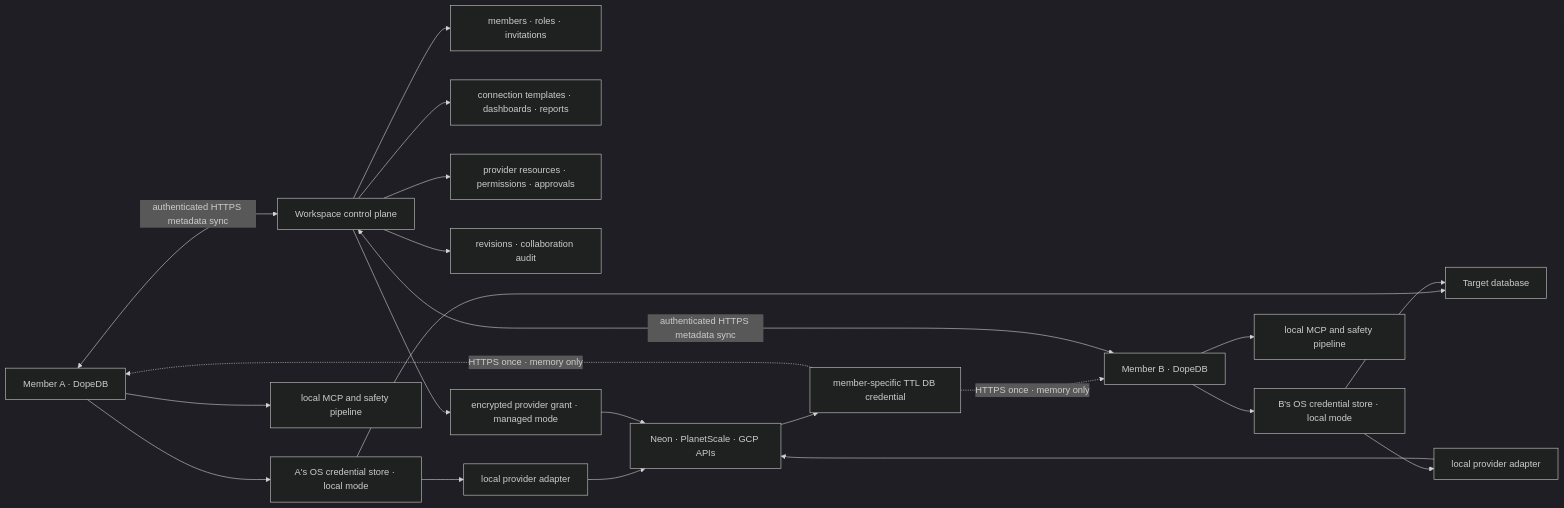
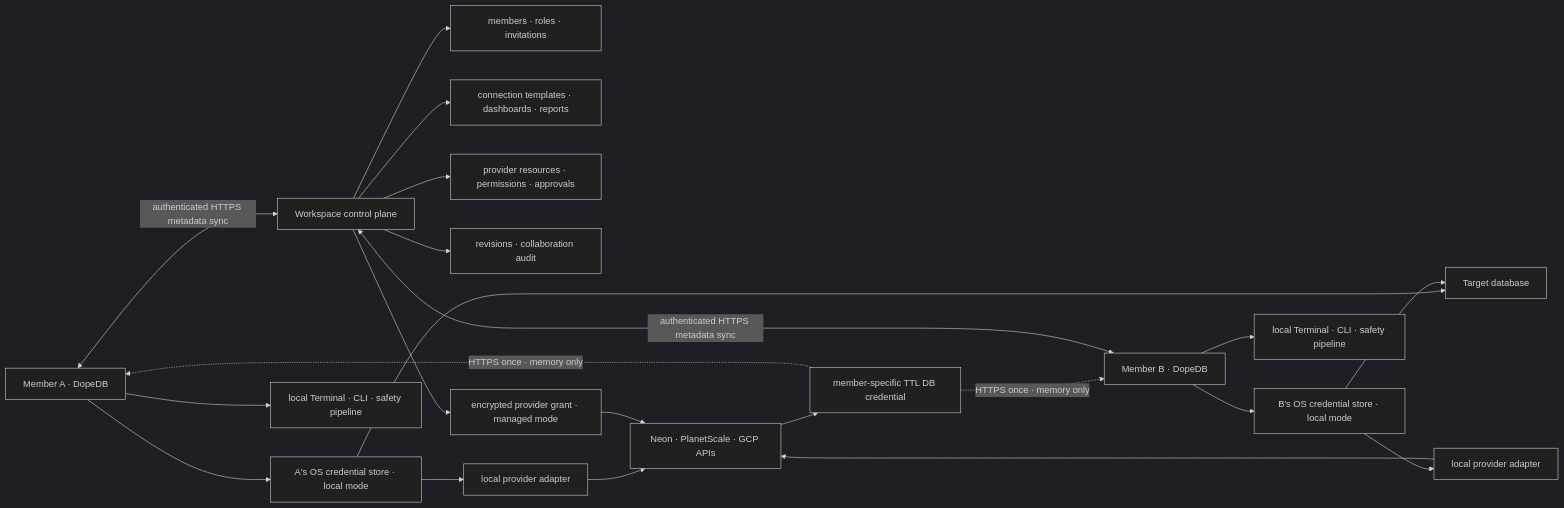
Before and after one commit to jaesong-blip/dopedb: the diagram in docs/WORKSPACE_ROADMAP.md, drawn with Mermaid (dark theme). The commit also changed other lines of this file and 128 other files, not shown here.

````diff
--- a/docs/WORKSPACE_ROADMAP.md
+++ b/docs/WORKSPACE_ROADMAP.md
@@ -46,24 +46,24 @@
 ```mermaid
 flowchart LR
     A["Member A · DopeDB"] <-->|"authenticated HTTPS metadata sync"| W["Workspace control plane"]
     B["Member B · DopeDB"] <-->|"authenticated HTTPS metadata sync"| W
     W --> M["members · roles · invitations"]
     W --> R["connection templates · dashboards · reports"]
     W --> P["provider resources · permissions · approvals"]
     W --> V["revisions · collaboration audit"]
     A --> KA["A's OS credential store · local mode"]
     B --> KB["B's OS credential store · local mode"]
     KA --> D["Target database"]
     KB --> D
     KA --> PA["local provider adapter"]
     KB --> PB["local provider adapter"]
     PA --> API["Neon · PlanetScale · GCP APIs"]
     PB --> API
     W --> MI["encrypted provider grant · managed mode"]
     MI --> API
     API --> EP["member-specific TTL DB credential"]
     EP -.->|"HTTPS once · memory only"| A
     EP -.->|"HTTPS once · memory only"| B
-    A --> SA["local MCP and safety pipeline"]
-    B --> SB["local MCP and safety pipeline"]
+    A --> SA["local Terminal · CLI · safety pipeline"]
+    B --> SB["local Terminal · CLI · safety pipeline"]
 ```
````
